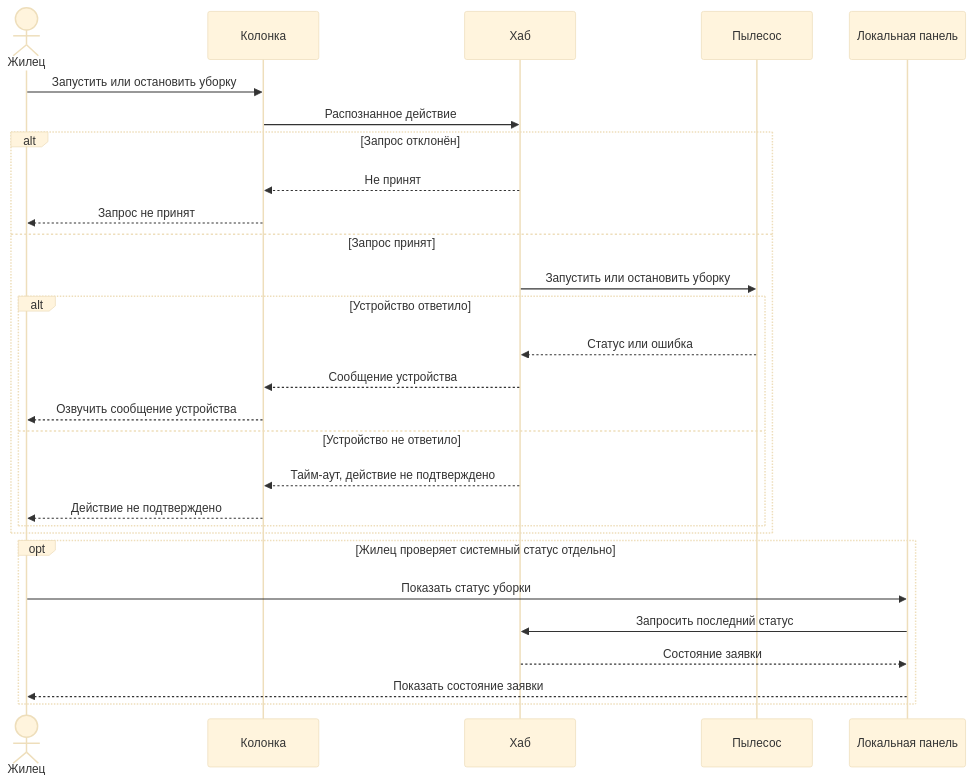
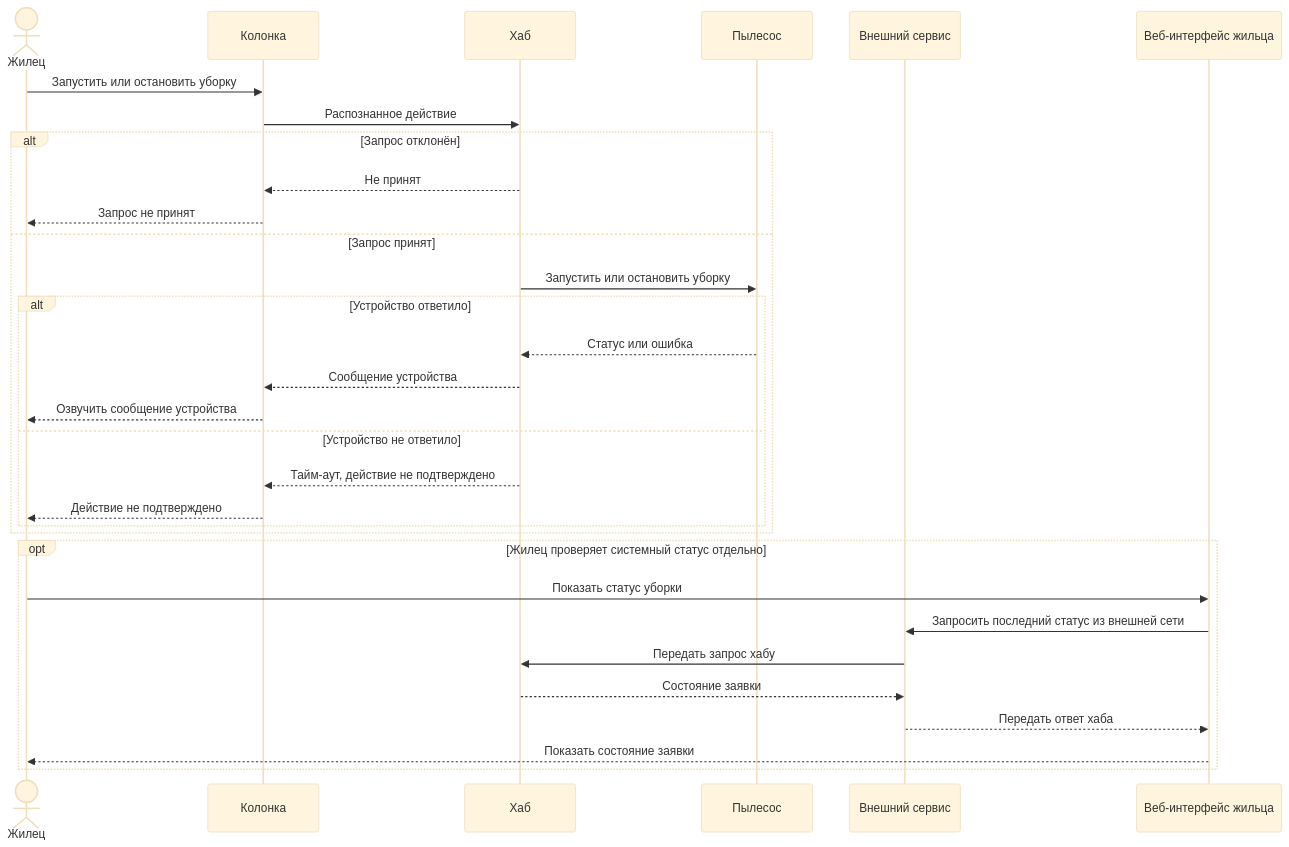
The diagram in contractor_side/hla_scenarios/S03_VOICE_CLEANING.md (BPLA-Team/carrot-apples), drawn with Mermaid (base theme) before and after one commit. The commit also changed 22 other files, not shown here.

Commit message:
docs(architecture): document web access through the external service

````diff
--- a/contractor_side/hla_scenarios/S03_VOICE_CLEANING.md
+++ b/contractor_side/hla_scenarios/S03_VOICE_CLEANING.md
@@ -3,30 +3,33 @@
 ```mermaid
 sequenceDiagram
     actor R as Жилец
     participant K as Колонка
     participant H as Хаб
     participant V as Пылесос
-    participant P as Локальная панель
+    participant S as Внешний сервис
+    participant W as Веб-интерфейс жильца
     R->>K: Запустить или остановить уборку
     K->>H: Распознанное действие
     alt Запрос отклонён
         H-->>K: Не принят
         K-->>R: Запрос не принят
     else Запрос принят
         H->>V: Запустить или остановить уборку
         alt Устройство ответило
             V-->>H: Статус или ошибка
             H-->>K: Сообщение устройства
             K-->>R: Озвучить сообщение устройства
         else Устройство не ответило
             H-->>K: Тайм-аут, действие не подтверждено
             K-->>R: Действие не подтверждено
         end
     end
     opt Жилец проверяет системный статус отдельно
-        R->>P: Показать статус уборки
-        P->>H: Запросить последний статус
-        H-->>P: Состояние заявки
-        P-->>R: Показать состояние заявки
+        R->>W: Показать статус уборки
+        W->>S: Запросить последний статус из внешней сети
+        S->>H: Передать запрос хабу
+        H-->>S: Состояние заявки
+        S-->>W: Передать ответ хаба
+        W-->>R: Показать состояние заявки
     end
 ```
````
